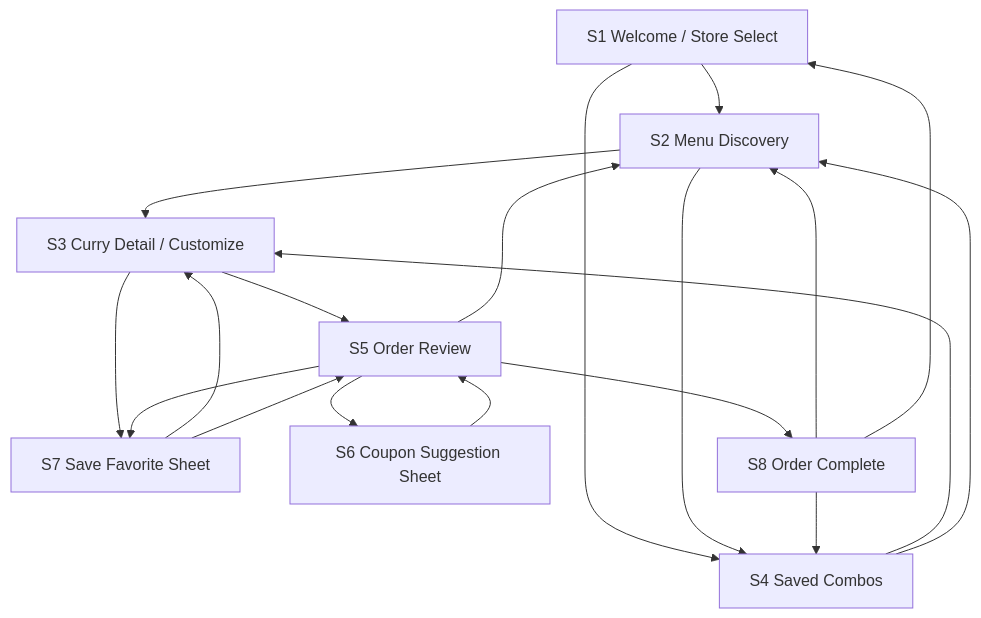
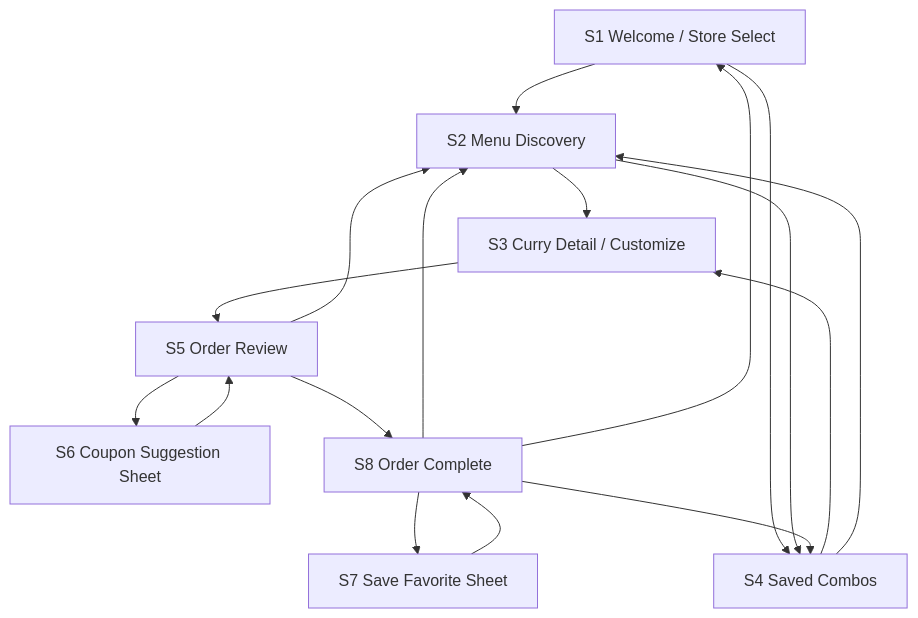
The diagram in docs/poc-screen-flow-2026-03-28.md (shamaton/cocoichi), drawn with Mermaid before and after one commit. The commit also changed other lines of this file and 8 other files, not shown here.

Commit message:
docs: move favorite saving to post-complete flow

````diff
--- a/docs/poc-screen-flow-2026-03-28.md
+++ b/docs/poc-screen-flow-2026-03-28.md
@@ -46,26 +46,24 @@
 ```mermaid
 flowchart TD
     A[S1 Welcome / Store Select] --> B[S2 Menu Discovery]
     A --> D[S4 Saved Combos]
 
     B --> C[S3 Curry Detail / Customize]
     B --> D
 
     D --> C
     D --> B
 
     C --> E[S5 Order Review]
-    C --> G[S7 Save Favorite Sheet]
-    G --> C
 
     E --> F[S6 Coupon Suggestion Sheet]
     E --> B
     F --> E
     E --> H[S8 Order Complete]
-    E --> G
-    G --> E
 
+    H --> G[S7 Save Favorite Sheet]
+    G --> H
     H --> B
     H --> D
     H --> A
 ```
````
